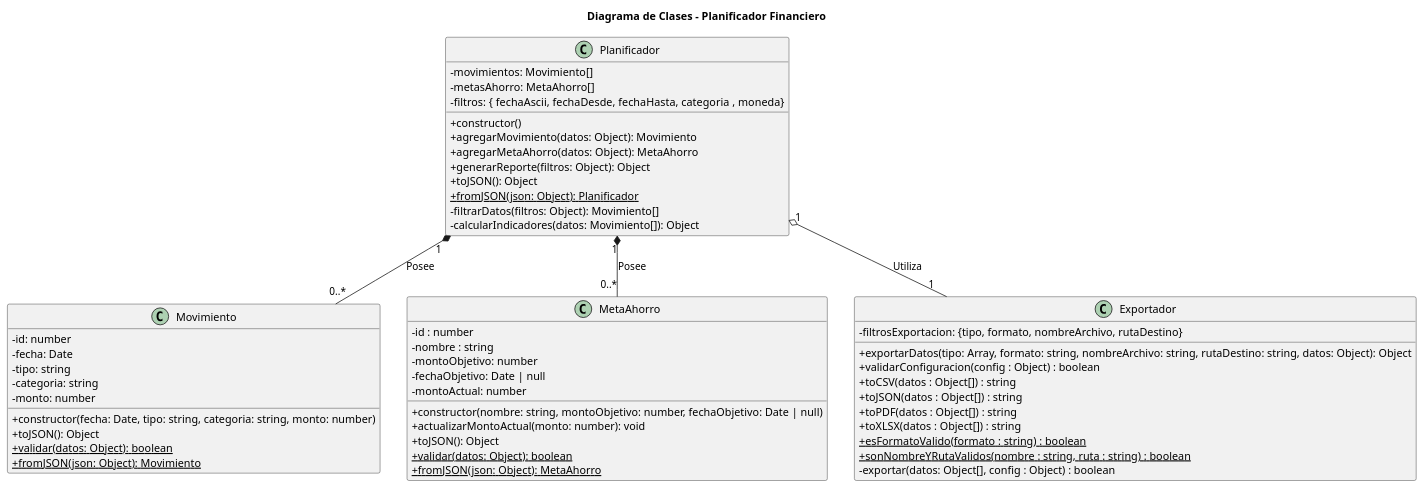
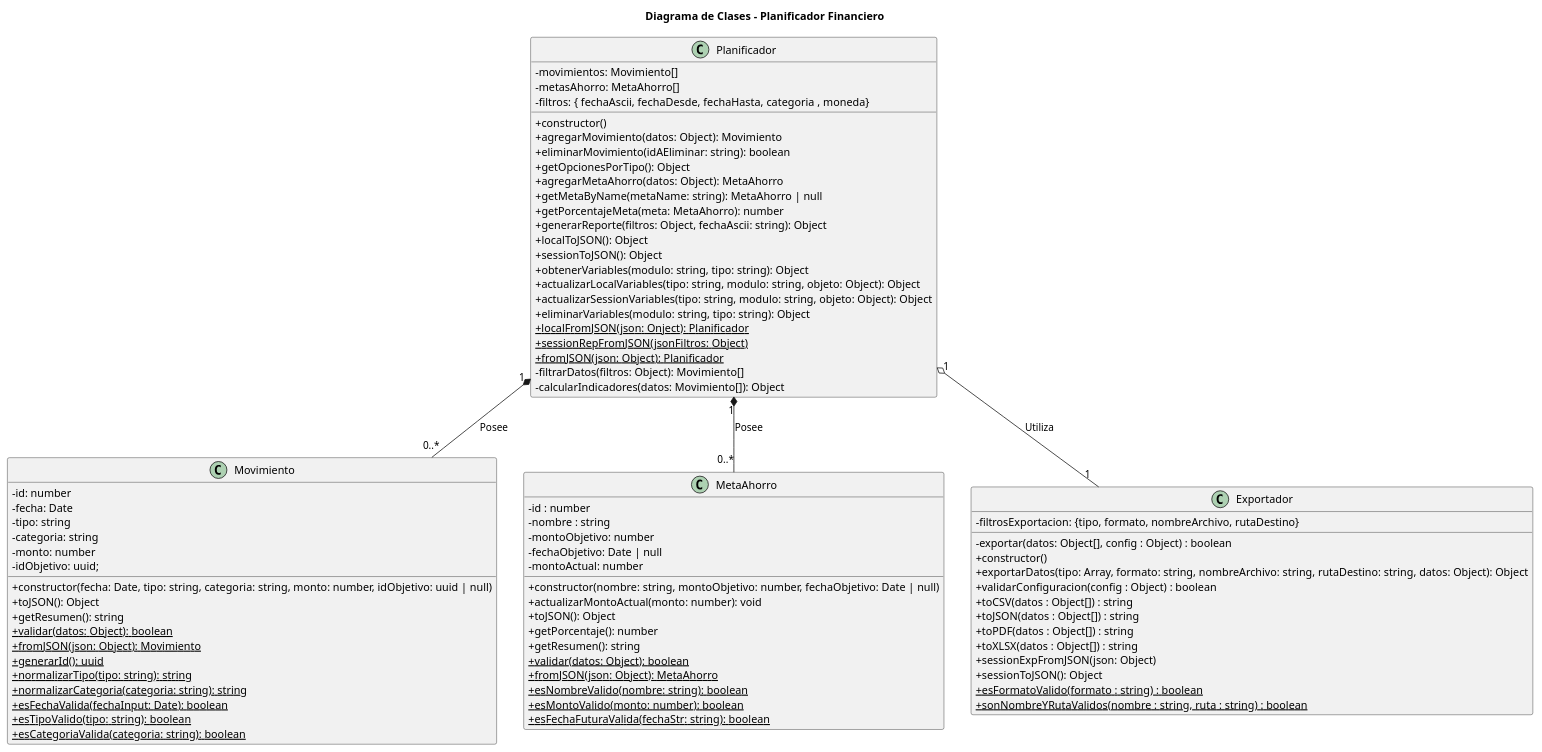
One commit to fioremos/simulador-planificacion-financiera changed the diagram in docs/04-diagramas/02-diagrama-de-clases/diagramas-clases.puml. Above: the diagram before and after it, drawn with PlantUML. The commit also changed 5 other files, not shown here.

```diff
--- a/docs/04-diagramas/02-diagrama-de-clases/diagramas-clases.puml
+++ b/docs/04-diagramas/02-diagrama-de-clases/diagramas-clases.puml
@@ -1,73 +1,101 @@
 @startuml DiagramaClasesPlanificadorFinanciero
 skinparam classAttributeIconSize 0
 hide empty members
 title Diagrama de Clases - Planificador Financiero
 
 ' --- Clases de Dominio (Modelos) ---
 
 class Movimiento {
   - id: number
   - fecha: Date
   - tipo: string
   - categoria: string
   - monto: number
-  + constructor(fecha: Date, tipo: string, categoria: string, monto: number)
+  - idObjetivo: uuid;
+  + constructor(fecha: Date, tipo: string, categoria: string, monto: number, idObjetivo: uuid | null)
   + toJSON(): Object
+  + getResumen(): string 
   + {static} validar(datos: Object): boolean
   + {static} fromJSON(json: Object): Movimiento
+  + {static} generarId(): uuid
+  + {static} normalizarTipo(tipo: string): string
+  + {static} normalizarCategoria(categoria: string): string
+  + {static} esFechaValida(fechaInput: Date): boolean
+  + {static} esTipoValido(tipo: string): boolean
+  + {static} esCategoriaValida(categoria: string): boolean
 }
 class MetaAhorro {
     - id : number
     - nombre : string
     - montoObjetivo: number
     - fechaObjetivo: Date | null
     - montoActual: number
     + constructor(nombre: string, montoObjetivo: number, fechaObjetivo: Date | null)
     + actualizarMontoActual(monto: number): void
     + toJSON(): Object
+    + getPorcentaje(): number
+    + getResumen(): string 
     + {static} validar(datos: Object): boolean
     + {static} fromJSON(json: Object): MetaAhorro
+    + {static} esNombreValido(nombre: string): boolean
+    + {static} esMontoValido(monto: number): boolean
+    + {static} esFechaFuturaValida(fechaStr: string): boolean
 }
 class Exportador {
     - filtrosExportacion: {tipo, formato, nombreArchivo, rutaDestino}
+    - exportar(datos: Object[], config : Object) : boolean
+    + constructor()
     + exportarDatos(tipo: Array, formato: string, nombreArchivo: string, rutaDestino: string, datos: Object): Object
     + validarConfiguracion(config : Object) : boolean
     + toCSV(datos : Object[]) : string
     + toJSON(datos : Object[]) : string
     + toPDF(datos : Object[]) : string
     + toXLSX(datos : Object[]) : string
+    + sessionExpFromJSON(json: Object)
+    + sessionToJSON(): Object
     + {static} esFormatoValido(formato : string) : boolean
     + {static} sonNombreYRutaValidos(nombre : string, ruta : string) : boolean
-    - exportar(datos: Object[], config : Object) : boolean
 }
 
 ' --- Clase de Lógica de Negocio (Gestor) ---
 class Planificador{
     - movimientos: Movimiento[]
     - metasAhorro: MetaAhorro[]
     - filtros:  { fechaAscii, fechaDesde, fechaHasta, categoria , moneda}
     + constructor()
     + agregarMovimiento(datos: Object): Movimiento
+    + eliminarMovimiento(idAEliminar: string): boolean
+    + getOpcionesPorTipo(): Object
     + agregarMetaAhorro(datos: Object): MetaAhorro
-    + generarReporte(filtros: Object): Object
-    + toJSON(): Object
+    + getMetaByName(metaName: string): MetaAhorro | null
+    + getPorcentajeMeta(meta: MetaAhorro): number
+    + generarReporte(filtros: Object, fechaAscii: string): Object
+    + localToJSON(): Object
+    + sessionToJSON(): Object
+    + obtenerVariables(modulo: string, tipo: string): Object
+    + actualizarLocalVariables(tipo: string, modulo: string, objeto: Object): Object
+    + actualizarSessionVariables(tipo: string, modulo: string, objeto: Object): Object
+    + eliminarVariables(modulo: string, tipo: string): Object
+    + {static} localFromJSON(json: Onject): Planificador
+    + {static} sessionRepFromJSON(jsonFiltros: Object)
     + {static} fromJSON(json: Object): Planificador
     - filtrarDatos(filtros: Object): Movimiento[]
     - calcularIndicadores(datos: Movimiento[]): Object
 }
+
 ' --- Relaciones ---
 
 ' Relación de Composición:
 ' Un Planificador "posee" una colección de 0 o más Movimientos.
 ' Si se destruye el Planificador, la colección de movimientos también.
 Planificador "1" *-- "0..*" Movimiento : Posee
 
 ' Relación de Composición:
 ' Un Planificador "posee" una colección de 0 o más Metas.
 Planificador "1" *-- "0..*" MetaAhorro : Posee
 
 ' Relación de Composicion:
 ' El planificador utiliza un exportador para manejar la exportación de datos.
 Planificador "1" o-- "1" Exportador : Utiliza
 
 @enduml
```
